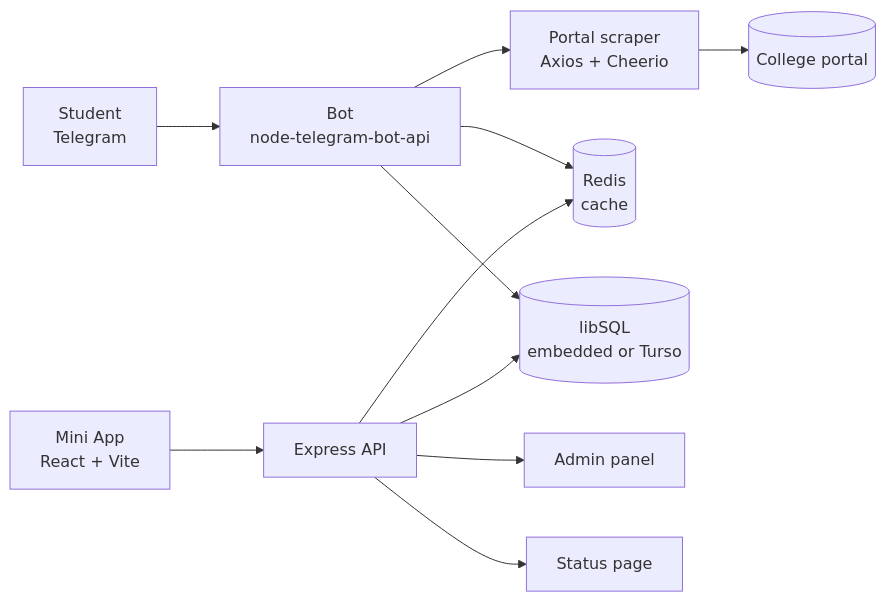
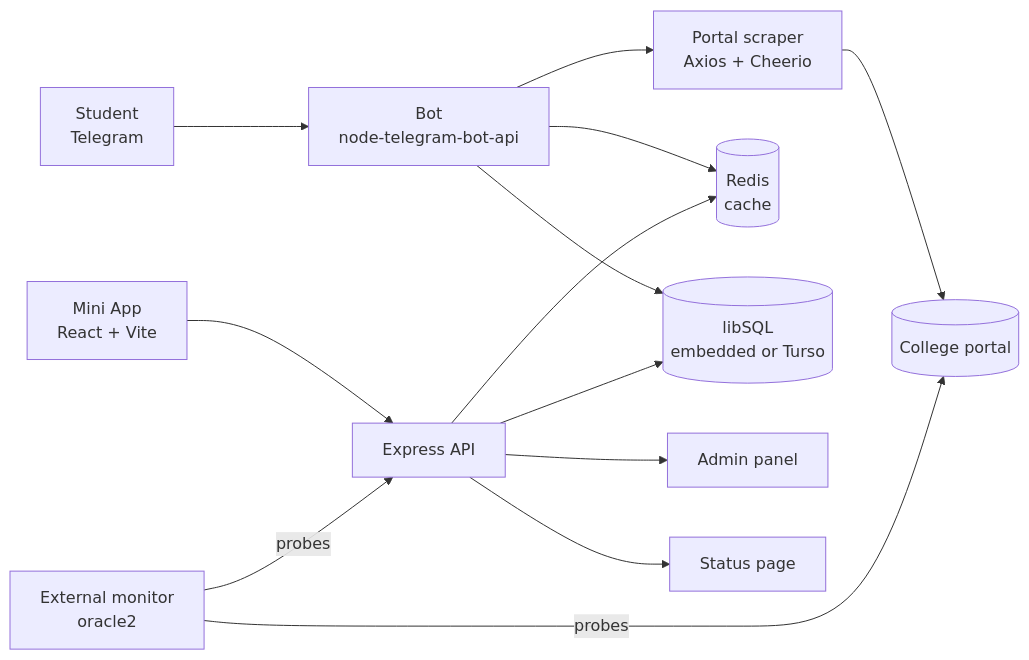
One commit to tobioffice/NbkristQik changed the diagram in README.md. Above: the diagram before and after it, drawn with Mermaid. The commit also changed other lines of this file and 151 other files, not shown here.

````diff
--- a/README.md
+++ b/README.md
@@ -62,13 +65,15 @@
 ```mermaid
 flowchart LR
     student["Student<br/>Telegram"] --> bot["Bot<br/>node-telegram-bot-api"]
     web["Mini App<br/>React + Vite"] --> api["Express API"]
     bot --> scraper["Portal scraper<br/>Axios + Cheerio"]
     scraper --> portal[("College portal")]
     bot --> redis[("Redis<br/>cache")]
     api --> redis
     bot --> db[("libSQL<br/>embedded or Turso")]
     api --> db
     api --> admin["Admin panel"]
     api --> status["Status page"]
+    monitor["External monitor<br/>oracle2"] -->|probes| api
+    monitor -->|probes| portal
 ```
````
